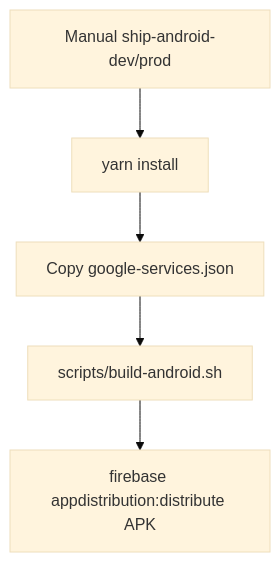
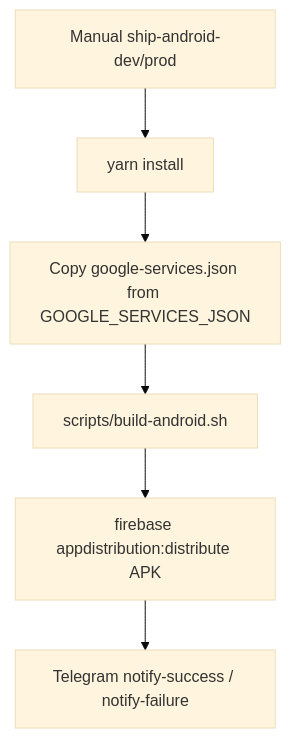
One commit to ThangTech/ALP-HRM-REACTNATIVE changed the tenth of 10 diagrams in README.md. Above: the diagram before and after it, drawn with Mermaid (base theme). The commit also changed other lines of this file, not shown here.

````diff
--- a/README.md
+++ b/README.md
@@ -557,7 +576,8 @@
 ```mermaid
 flowchart TD
   A[Manual ship-android-dev/prod] --> B[yarn install]
-  B --> C[Copy google-services.json]
+  B --> C[Copy google-services.json from GOOGLE_SERVICES_JSON]
   C --> D[scripts/build-android.sh]
   D --> E[firebase appdistribution:distribute APK]
+  E --> F[Telegram notify-success / notify-failure]
 ```
````
